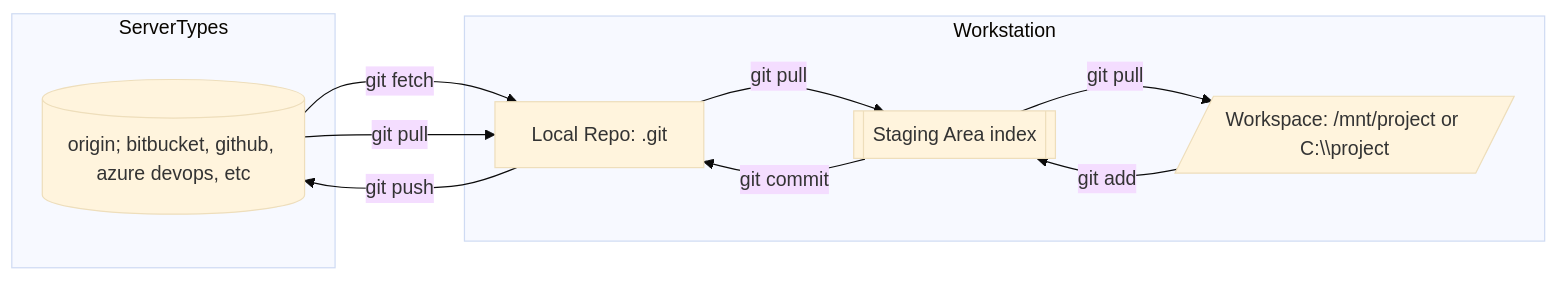
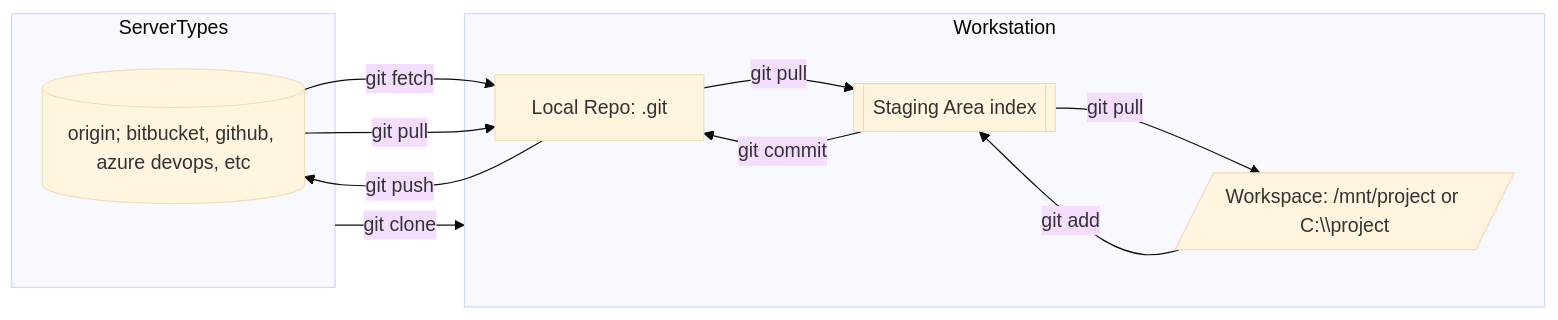
The first of 2 diagrams in knowledge/secdevops/scm/git/gitforbeginners.md (bigbird023/bigbird023.github.io), drawn with Mermaid (base theme) before and after one commit. The commit also changed other lines of this file, not shown here.

````diff
--- a/knowledge/secdevops/scm/git/gitforbeginners.md
+++ b/knowledge/secdevops/scm/git/gitforbeginners.md
@@ -19,23 +19,24 @@
 ```mermaid
 flowchart LR
      subgraph Remote[ServerTypes]
           R[(origin; bitbucket, github, azure devops, etc)]
      end
 
 
      subgraph Workstation[Workstation]
           W[/Workspace: /mnt/project or C:\\project/]
           L[Local Repo: .git]
           S[[Staging Area index]]
      end
      
      W -- git add --> S
      S -- git commit --> L
      L -- git push --> R
      R -- git fetch --> L
      R -- git pull --> L
      L -- git pull --> S
      S -- git pull --> W
 
+	 Remote -- git clone --> Workstation
 
 ```
````
